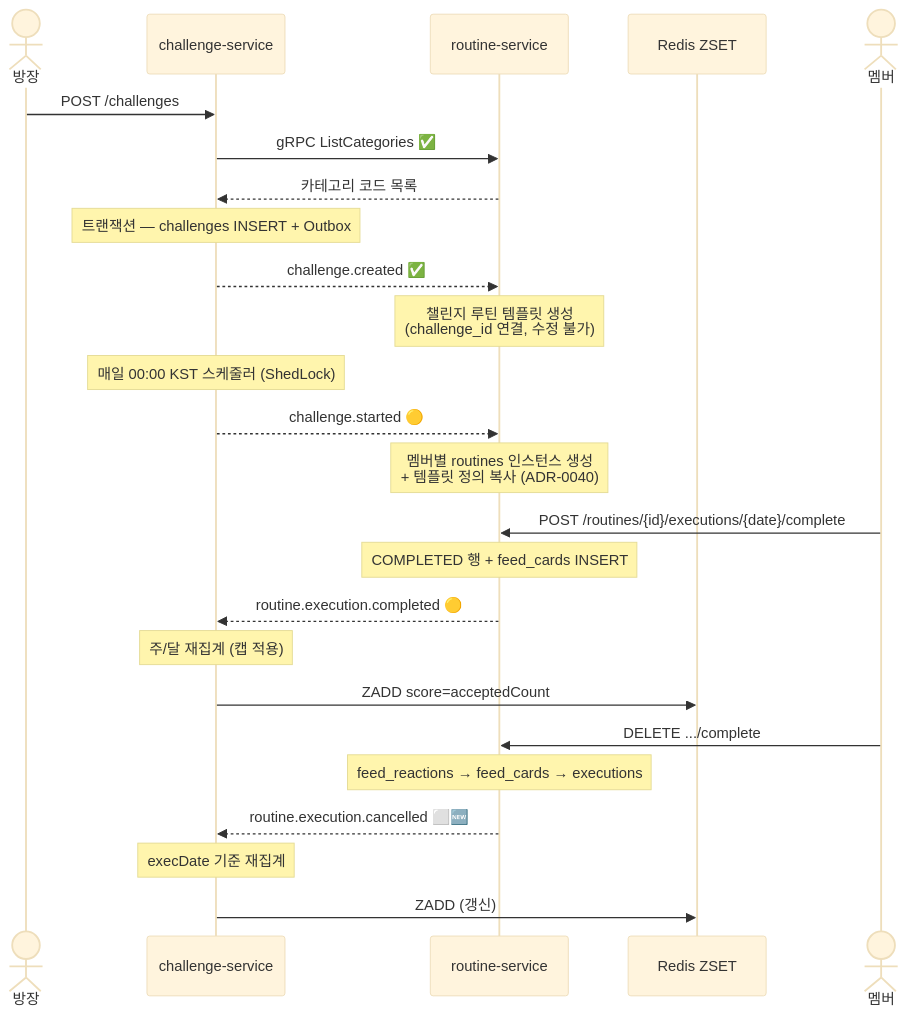
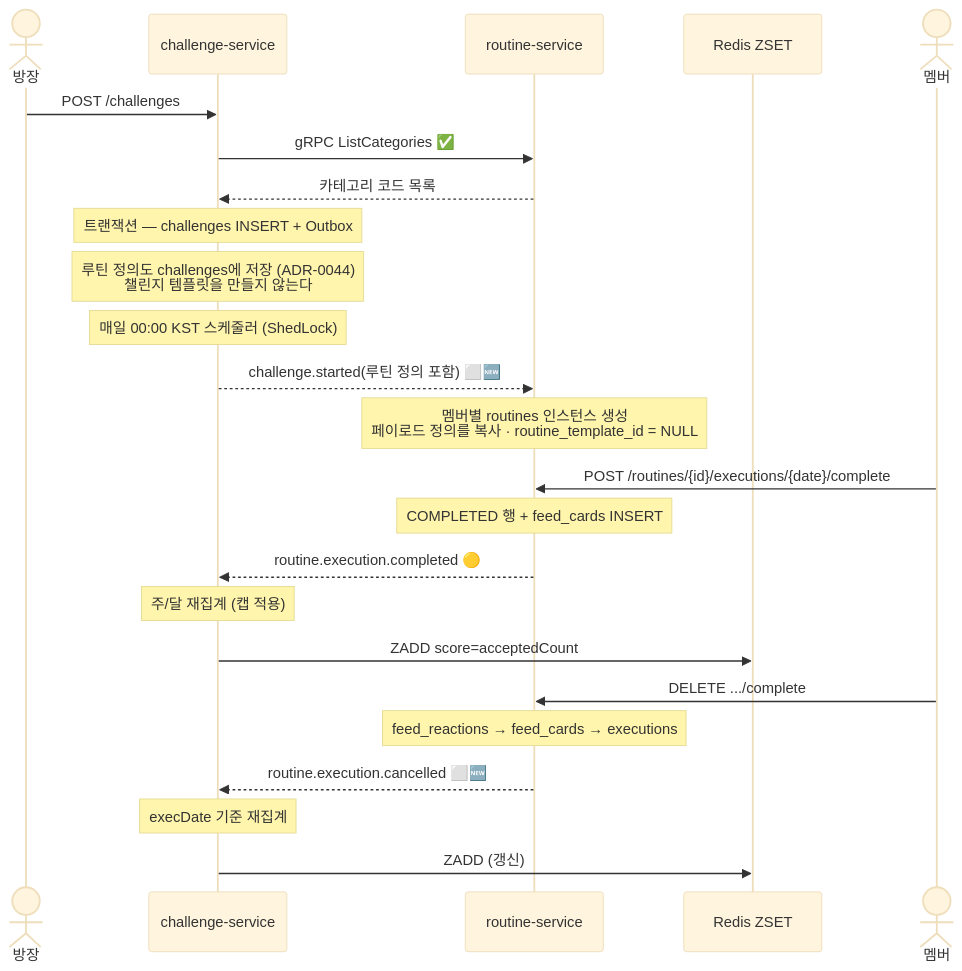
One commit to routinely-platform/routinely-backend changed the third of 4 diagrams in docs/architecture/service-interaction-map.md. Above: the diagram before and after it, drawn with Mermaid (base theme). The commit also changed other lines of this file and 4 other files, not shown here.

First line of the commit message:
docs: 챌린지 루틴 정의 소유권을 challenge-service로 (ADR-0044)

````diff
--- a/docs/architecture/service-interaction-map.md
+++ b/docs/architecture/service-interaction-map.md
@@ -133,31 +132,30 @@
 ```mermaid
 sequenceDiagram
   actor L as 방장
   participant C as challenge-service
   participant R as routine-service
   participant Rd as Redis ZSET
 
   L->>C: POST /challenges
   C->>R: gRPC ListCategories ✅
   R-->>C: 카테고리 코드 목록
   Note over C: 트랜잭션 — challenges INSERT + Outbox
-  C-->>R: challenge.created ✅
-  Note over R: 챌린지 루틴 템플릿 생성<br/>(challenge_id 연결, 수정 불가)
+  Note over C: 루틴 정의도 challenges에 저장 (ADR-0044)<br/>챌린지 템플릿을 만들지 않는다
 
   Note over C: 매일 00:00 KST 스케줄러 (ShedLock)
-  C-->>R: challenge.started 🟡
-  Note over R: 멤버별 routines 인스턴스 생성<br/>+ 템플릿 정의 복사 (ADR-0040)
+  C-->>R: challenge.started(루틴 정의 포함) ⬜🆕
+  Note over R: 멤버별 routines 인스턴스 생성<br/>페이로드 정의를 복사 · routine_template_id = NULL
 
   actor M as 멤버
   M->>R: POST /routines/{id}/executions/{date}/complete
   Note over R: COMPLETED 행 + feed_cards INSERT
   R-->>C: routine.execution.completed 🟡
   Note over C: 주/달 재집계 (캡 적용)
   C->>Rd: ZADD score=acceptedCount
 
   M->>R: DELETE .../complete
   Note over R: feed_reactions → feed_cards → executions
   R-->>C: routine.execution.cancelled ⬜🆕
   Note over C: execDate 기준 재집계
   C->>Rd: ZADD (갱신)
 ```
````
